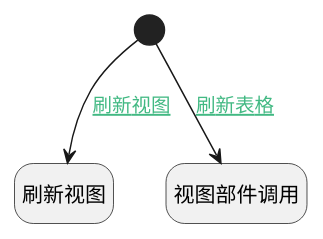
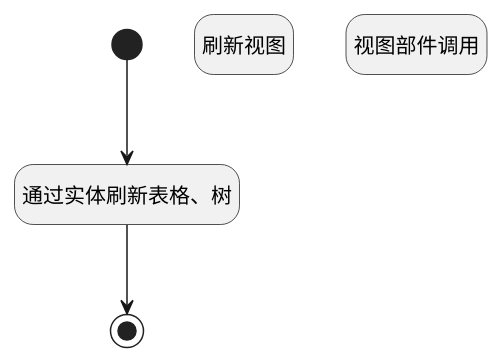
One commit to iBizLab/plm changed the diagram in doc/docsify/module/Wiki/space/uilogic/refresh_current_grid.md. Above: the diagram before and after it, drawn with PlantUML. The commit also changed other lines of this file and 2344 other files, not shown here.

````diff
--- a/doc/docsify/module/Wiki/space/uilogic/refresh_current_grid.md
+++ b/doc/docsify/module/Wiki/space/uilogic/refresh_current_grid.md
@@ -7,21 +7,23 @@
 ```plantuml
 @startuml
 hide footbox
 <style>
 root {
   HyperlinkColor #42b983
 }
 </style>
 
 hide empty description
 state "开始" as Begin <<start>> [[$./refresh_current_grid#begin {开始}]]
 state "刷新视图" as RAWJSCODE1  [[$./refresh_current_grid#rawjscode1 {刷新视图}]]
 state "视图部件调用" as VIEWCTRLINVOKE1  [[$./refresh_current_grid#viewctrlinvoke1 {视图部件调用}]]
+state "结束" as END1 <<end>> [[$./refresh_current_grid#end1 {结束}]]
+state "通过实体刷新表格、树" as RAWJSCODE2  [[$./refresh_current_grid#rawjscode2 {通过实体刷新表格、树}]]
 
 
-Begin --> VIEWCTRLINVOKE1 : [[$./refresh_current_grid#begin-viewctrlinvoke1{刷新表格} 刷新表格]]
-Begin --> RAWJSCODE1 : [[$./refresh_current_grid#begin-rawjscode1{刷新视图} 刷新视图]]
+Begin --> RAWJSCODE2
+RAWJSCODE2 --> END1
 
 
 @enduml
 ```
````
